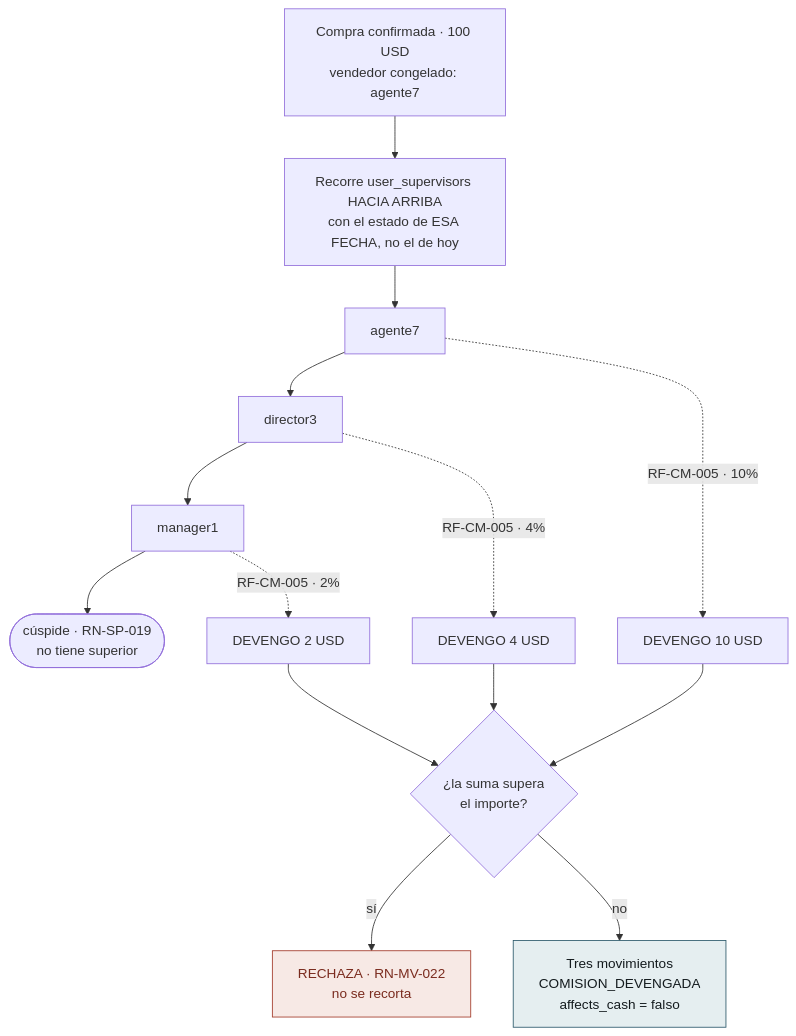
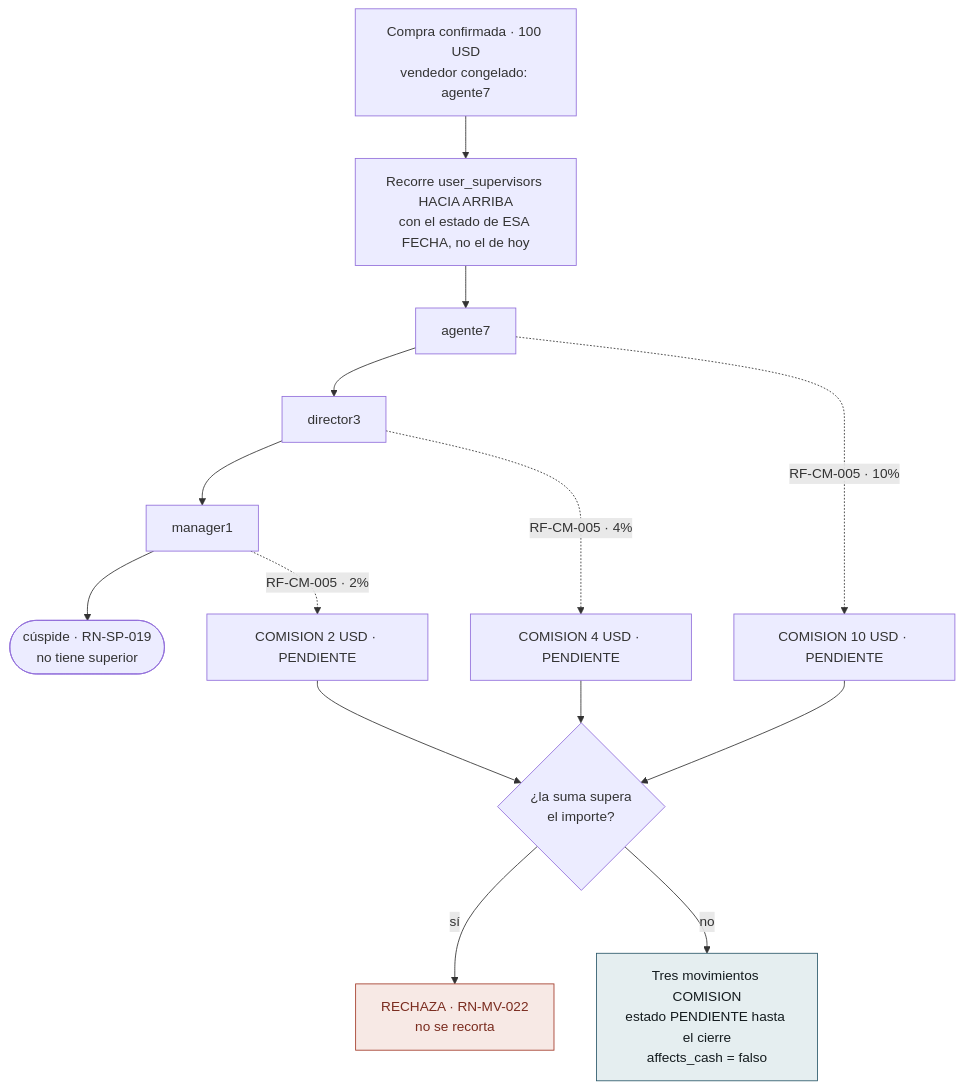
One commit to NexusPro-Dev/backend changed the fourth of 7 diagrams in docs/flujos/mv/flujos-del-modulo.md. Above: the diagram before and after it, drawn with Mermaid. The commit also changed other lines of this file and 1 other file, not shown here.

First line of the commit message:
docs(mv): la comision nace pendiente y se causa el primero de cada mes

````diff
--- a/docs/flujos/mv/flujos-del-modulo.md
+++ b/docs/flujos/mv/flujos-del-modulo.md
@@ -161,26 +161,26 @@
 ```mermaid
 flowchart TD
     V["Compra confirmada · 100 USD<br/>vendedor congelado: agente7"]
 
     V --> W["Recorre user_supervisors HACIA ARRIBA<br/>con el estado de ESA FECHA, no el de hoy"]
 
     W --> A["agente7"]
     A --> D["director3"]
     D --> M["manager1"]
     M --> X(["cúspide · RN-SP-019<br/>no tiene superior"])
 
-    A -.->|"RF-CM-005 · 10%"| DA["DEVENGO 10 USD"]
-    D -.->|"RF-CM-005 · 4%"| DD["DEVENGO 4 USD"]
-    M -.->|"RF-CM-005 · 2%"| DM["DEVENGO 2 USD"]
+    A -.->|"RF-CM-005 · 10%"| DA["COMISION 10 USD · PENDIENTE"]
+    D -.->|"RF-CM-005 · 4%"| DD["COMISION 4 USD · PENDIENTE"]
+    M -.->|"RF-CM-005 · 2%"| DM["COMISION 2 USD · PENDIENTE"]
 
     DA --> S{"¿la suma supera<br/>el importe?"}
     DD --> S
     DM --> S
     S -->|sí| E["RECHAZA · RN-MV-022<br/>no se recorta"]
-    S -->|no| P["Tres movimientos<br/>COMISION_DEVENGADA<br/>affects_cash = falso"]
+    S -->|no| P["Tres movimientos COMISION<br/>estado PENDIENTE hasta el cierre<br/>affects_cash = falso"]
 
     classDef ex fill:#F7E9E5,stroke:#A33B2A,color:#7A2B1E
     classDef ok fill:#E5EEF0,stroke:#2D5A6B,color:#141B1E
     class E ex
     class P ok
 ```
````
